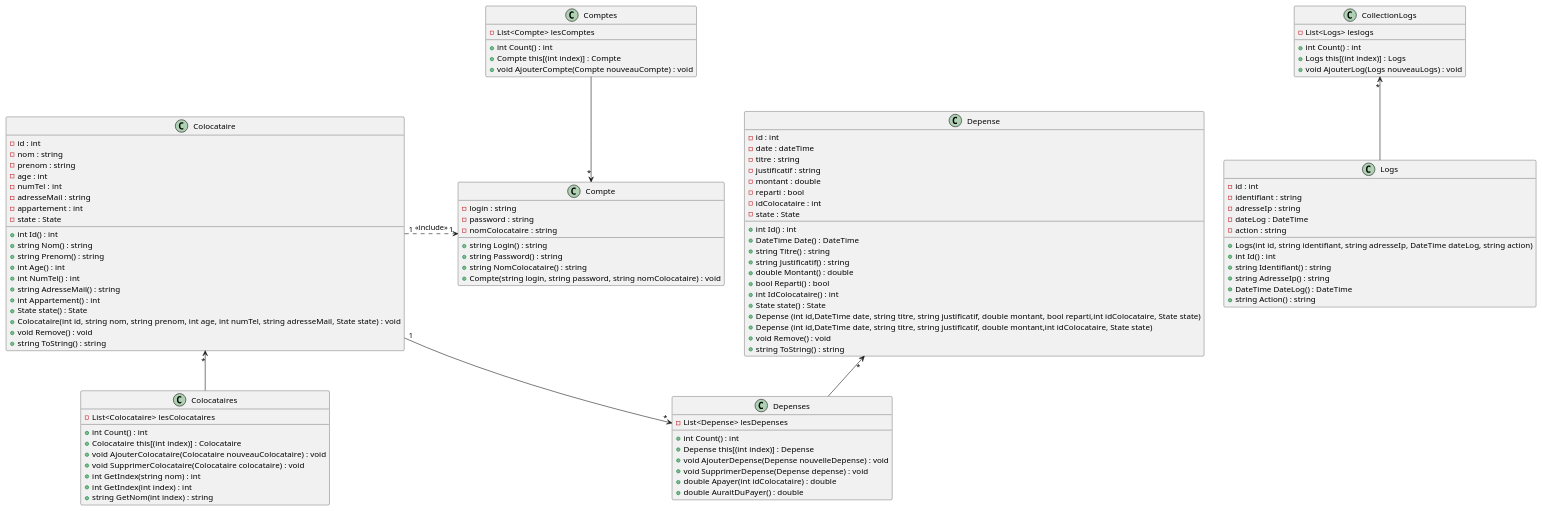
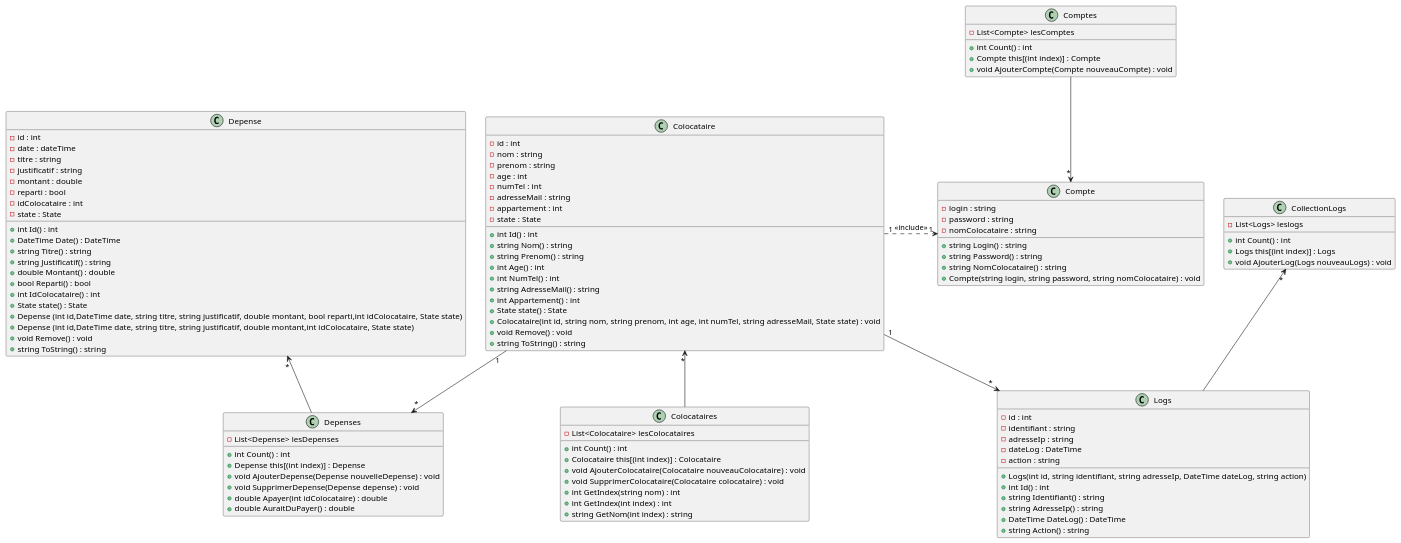
The seventh of 7 diagrams in README.md (MihutaMihail/application_crous), drawn with PlantUML before and after one commit.

```diff
--- a/README.md
+++ b/README.md
@@ -437,6 +437,7 @@
 
 Colocataire "1" --> "*" Depenses
 Colocataire "*" <-- Colocataires
+Colocataire "1" --> "*" Logs
 Depense "*" <-- Depenses
 Colocataire "1" .> "1" Compte : <<include>>
 Comptes --> "*" Compte
```
